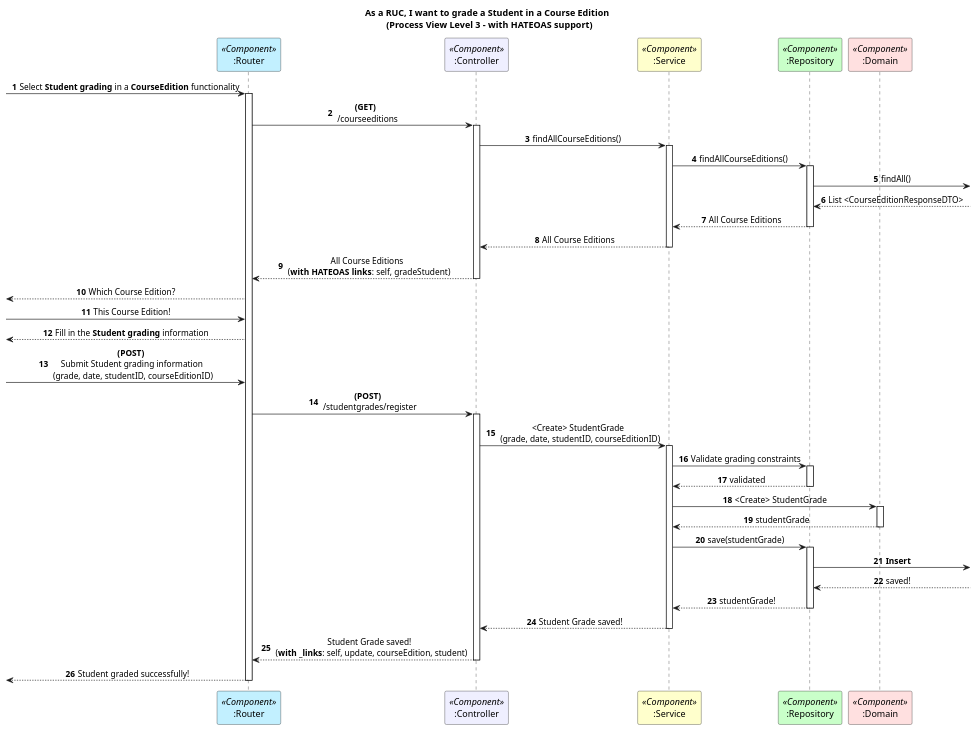
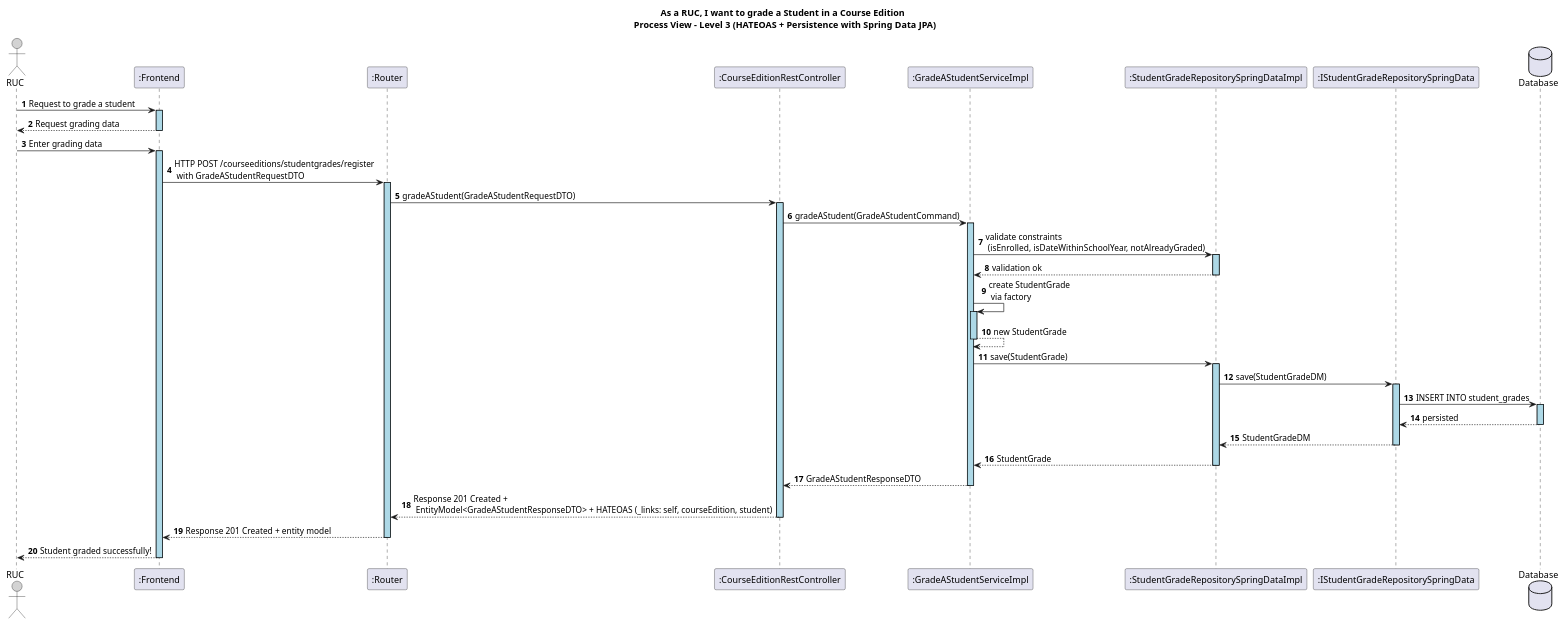
Before and after one commit to GasparISEP/DevOps-PAI: the diagram in docs/US22/Sprint7/ProcessView/Level3.puml, drawn with PlantUML.

Commit message:
Implement HATEOAS for Grade a Student in a Course Edition - update Process View Level 3 diagram (Issue #685)

```diff
--- a/docs/US22/Sprint7/ProcessView/Level3.puml
+++ b/docs/US22/Sprint7/ProcessView/Level3.puml
@@ -1,80 +1,50 @@
 @startuml
+autonumber
 
-autonumber
-title As a RUC, I want to grade a Student in a Course Edition \n (Process View Level 3 – with HATEOAS support)
-skinparam sequencemessagealign center
+skinparam sequence {
+    LifelineBorderColor black
+    LifelineBackgroundColor LightBlue
+    ActorBorderColor black
+    ActorBackgroundColor LightGray
+}
 
-participant ":Router" as router <<Component>> #application
-participant ":Controller" as controller <<Component>> #motivation
-participant ":Service" as service <<Component>> #business
-participant ":Repository" as repo <<Component>> #technology
-participant ":Domain" as domain <<Component>> #implementation
+title As a RUC, I want to grade a Student in a Course Edition \n Process View – Level 3 (HATEOAS + Persistence with Spring Data JPA)
 
--> router : Select **Student grading** in a **CourseEdition** functionality
-activate router
+actor "RUC" as RUC
+participant ":Frontend" as FE
+participant ":Router" as Router
+participant ":CourseEditionRestController" as Controller
+participant ":GradeAStudentServiceImpl" as Service
+participant ":StudentGradeRepositorySpringDataImpl" as RepositoryAdapter
+participant ":IStudentGradeRepositorySpringData" as SpringDataRepo
+database "Database" as DB
 
-router -> controller : **(GET)** \n /courseeditions
-activate controller
+RUC -> FE ++ : Request to grade a student
+FE --> RUC -- : Request grading data
+RUC -> FE ++ : Enter grading data
 
-controller -> service : findAllCourseEditions()
-activate service
+FE -> Router ++ : HTTP POST /courseeditions/studentgrades/register \n with GradeAStudentRequestDTO
+Router -> Controller ++ : gradeAStudent(GradeAStudentRequestDTO)
 
-service -> repo : findAllCourseEditions()
-activate repo
+Controller -> Service ++ : gradeAStudent(GradeAStudentCommand)
 
-repo ->  : findAll()
-repo <--  : List <CourseEditionResponseDTO>
+Service -> RepositoryAdapter ++ : validate constraints \n (isEnrolled, isDateWithinSchoolYear, notAlreadyGraded)
+RepositoryAdapter --> Service -- : validation ok
 
-repo --> service : All Course Editions
-deactivate repo
+Service -> Service ++ : create StudentGrade \n via factory
+Service --> Service -- : new StudentGrade
 
-service --> controller : All Course Editions
-deactivate service
+Service -> RepositoryAdapter ++ : save(StudentGrade)
+RepositoryAdapter -> SpringDataRepo ++ : save(StudentGradeDM)
+SpringDataRepo -> DB ++ : INSERT INTO student_grades
+DB --> SpringDataRepo -- : persisted
+SpringDataRepo --> RepositoryAdapter -- : StudentGradeDM
+RepositoryAdapter --> Service -- : StudentGrade
 
-controller --> router : All Course Editions \n (**with HATEOAS links**: self, gradeStudent)
-deactivate controller
+Service --> Controller -- : GradeAStudentResponseDTO
 
-<-- router : Which Course Edition?
-
--> router : This Course Edition!
-
-<-- router : Fill in the **Student grading** information
-
--> router : **(POST)** \n Submit Student grading information \n (grade, date, studentID, courseEditionID)
-router -> controller : **(POST)** \n /studentgrades/register
-activate controller
-
-controller -> service : <Create> StudentGrade \n (grade, date, studentID, courseEditionID)
-activate service
-
-service -> repo : Validate grading constraints
-activate repo
-
-repo --> service : validated
-deactivate repo
-
-service -> domain : <Create> StudentGrade
-activate domain
-
-domain --> service : studentGrade
-deactivate domain
-
-service -> repo : save(studentGrade)
-activate repo
-
-repo -> : **Insert**
-repo <-- : saved!
-
-repo --> service : studentGrade!
-deactivate repo
-
-service --> controller : Student Grade saved!
-deactivate service
-
-controller --> router : Student Grade saved! \n (**with _links**: self, update, courseEdition, student)
-deactivate controller
-
-<-- router : Student graded successfully!
-deactivate router
+Controller --> Router -- : Response 201 Created + \n EntityModel<GradeAStudentResponseDTO> + HATEOAS (_links: self, courseEdition, student)
+Router --> FE -- : Response 201 Created + entity model
+FE --> RUC -- : Student graded successfully!
 
 @enduml
```
